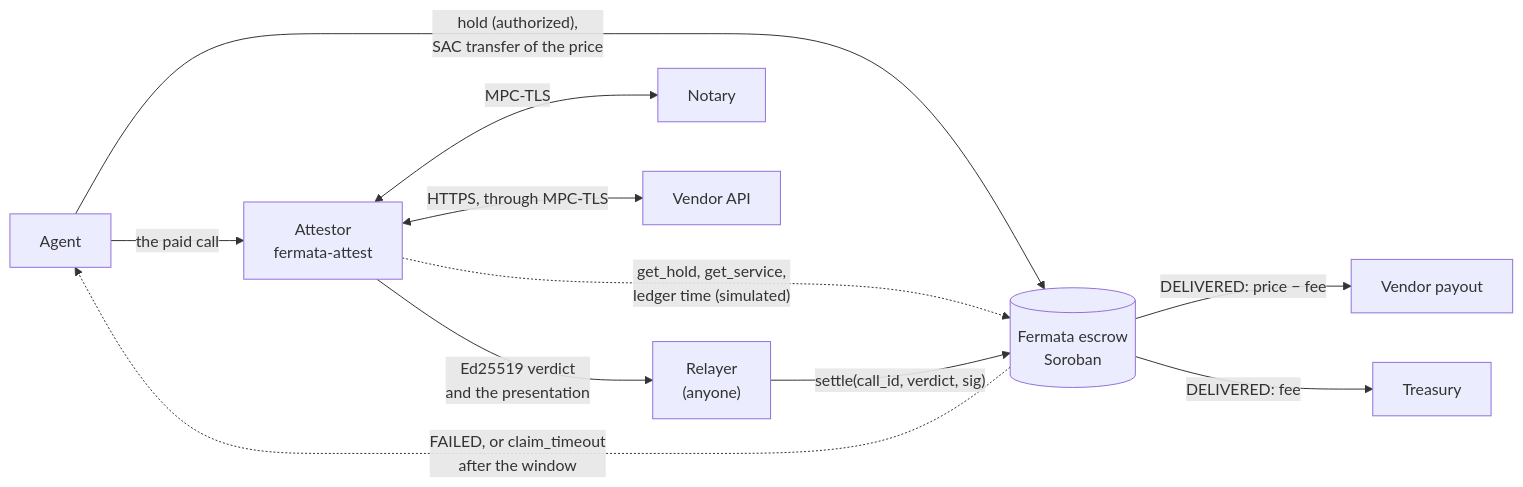
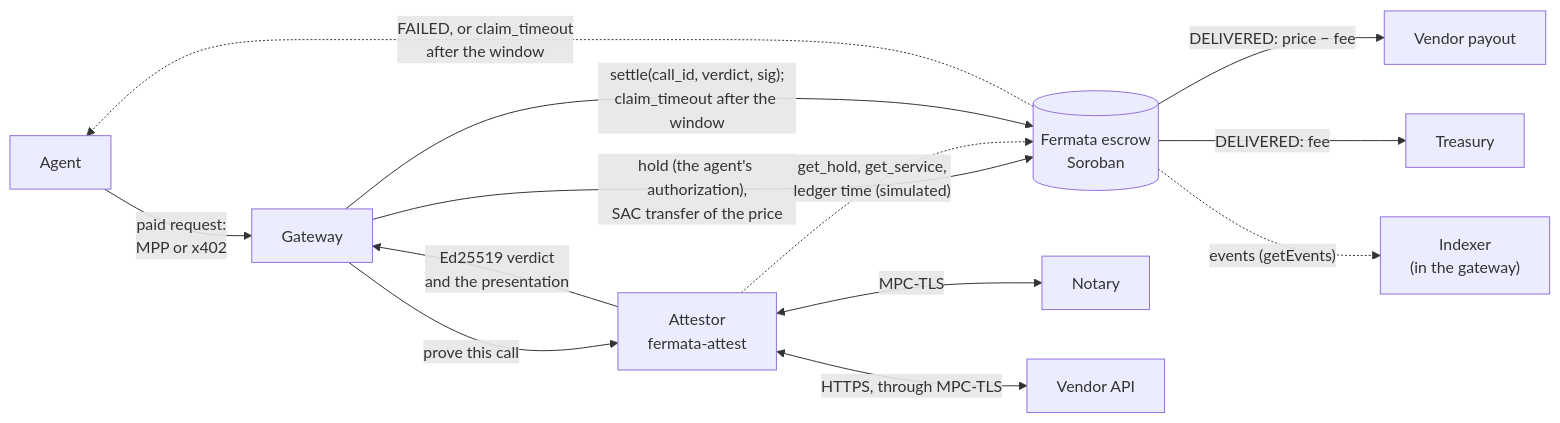
The first of 2 diagrams in docs/architecture.md (bilgin-kocak/fermata-stellar), drawn with Mermaid before and after one commit. The commit also changed other lines of this file and 8 other files, not shown here.

````diff
--- a/docs/architecture.md
+++ b/docs/architecture.md
@@ -21,13 +23,15 @@
 ```mermaid
 flowchart LR
-  A["Agent"] -->|"hold (authorized),<br/>SAC transfer of the price"| E[("Fermata escrow<br/>Soroban")]
-  A -->|"the paid call"| AT["Attestor<br/>fermata-attest"]
+  A["Agent"] -->|"paid request:<br/>MPP or x402"| G["Gateway"]
+  G -->|"hold (the agent's authorization),<br/>SAC transfer of the price"| E[("Fermata escrow<br/>Soroban")]
+  G -->|"prove this call"| AT["Attestor<br/>fermata-attest"]
   AT <-->|"MPC-TLS"| N["Notary"]
   AT <-->|"HTTPS, through MPC-TLS"| VE["Vendor API"]
   AT -.->|"get_hold, get_service,<br/>ledger time (simulated)"| E
-  AT -->|"Ed25519 verdict<br/>and the presentation"| R["Relayer<br/>(anyone)"]
-  R -->|"settle(call_id, verdict, sig)"| E
+  AT -->|"Ed25519 verdict<br/>and the presentation"| G
+  G -->|"settle(call_id, verdict, sig);<br/>claim_timeout after the window"| E
   E -->|"DELIVERED: price − fee"| P["Vendor payout"]
   E -->|"DELIVERED: fee"| T["Treasury"]
   E -.->|"FAILED, or claim_timeout<br/>after the window"| A
+  E -.->|"events (getEvents)"| I["Indexer<br/>(in the gateway)"]
 ```
````
